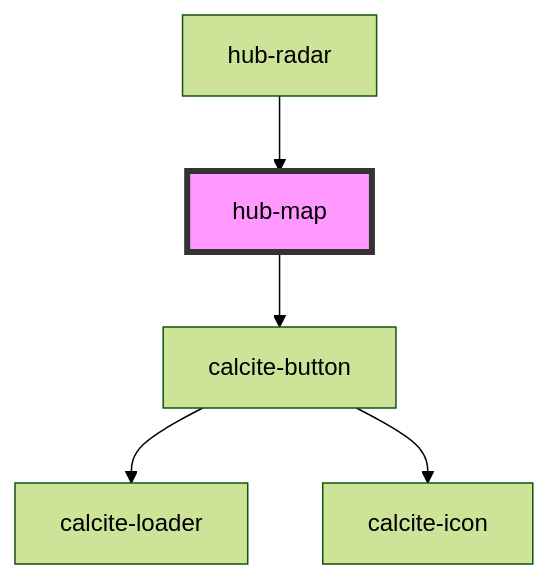
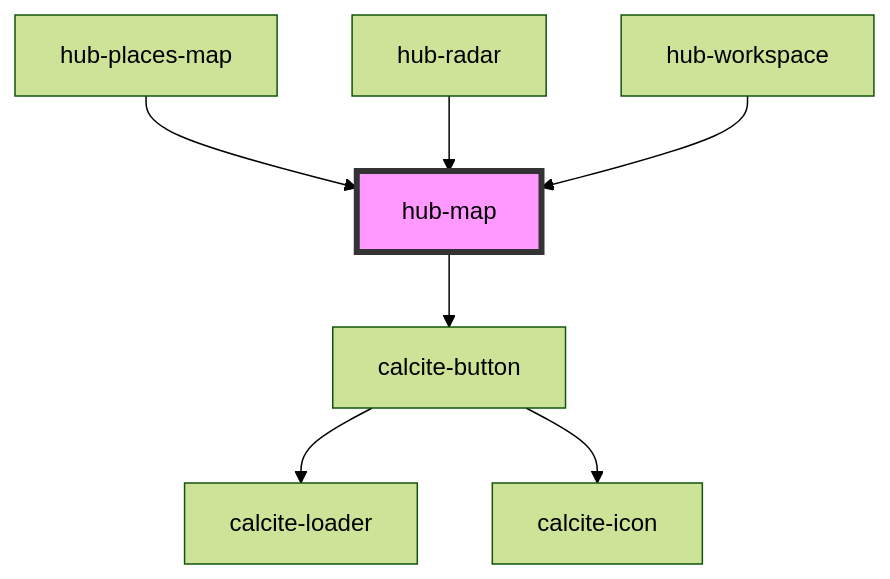
Before and after one commit to esridc/hub-components-experiments: the diagram in src/components/hub-map/readme.md, drawn with Mermaid (forest theme). The commit also changed other lines of this file and 14 other files, not shown here.

Commit message:
Added hub-places-map placeholder

````diff
--- a/src/components/hub-map/readme.md
+++ b/src/components/hub-map/readme.md
@@ -45,8 +47,10 @@
 ```mermaid
 graph TD;
   hub-map --> calcite-button
   calcite-button --> calcite-loader
   calcite-button --> calcite-icon
+  hub-places-map --> hub-map
   hub-radar --> hub-map
+  hub-workspace --> hub-map
   style hub-map fill:#f9f,stroke:#333,stroke-width:4px
 ```
````
